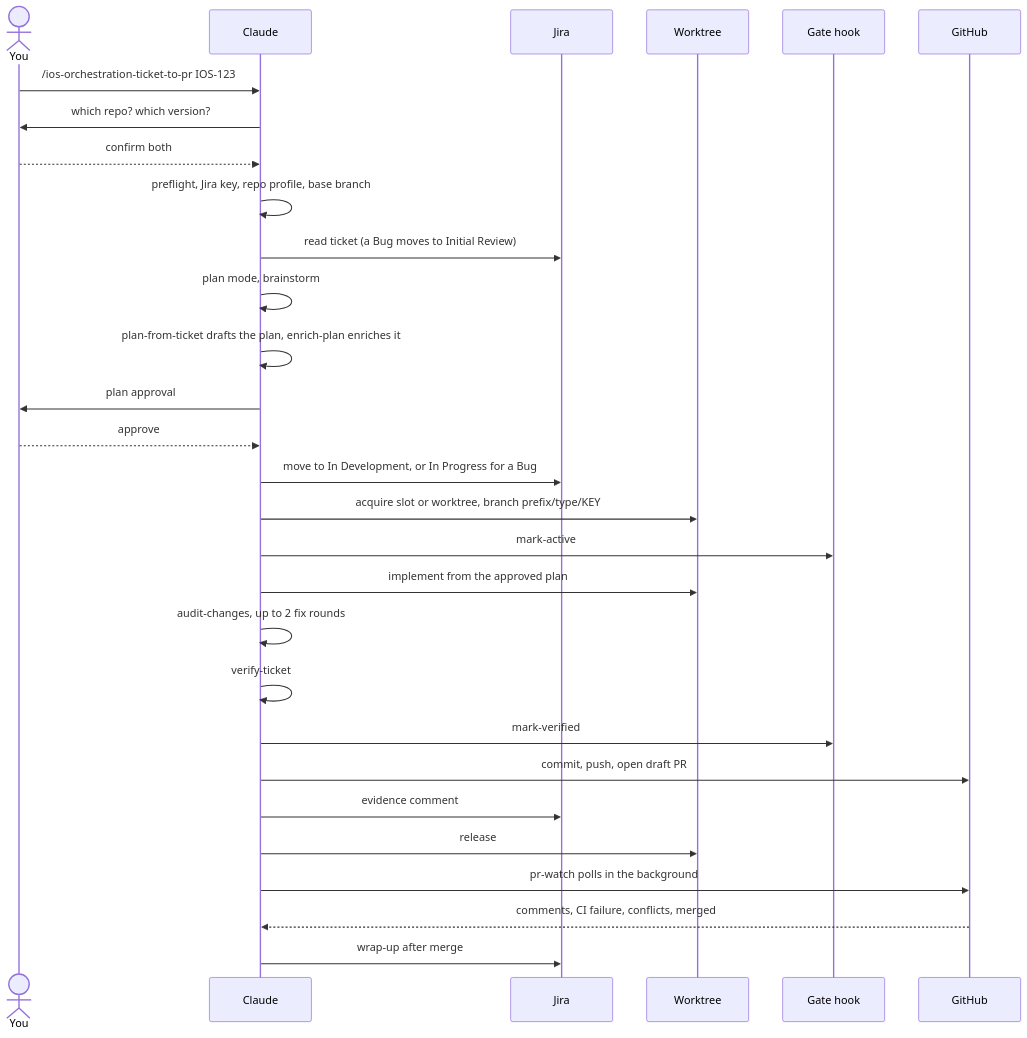
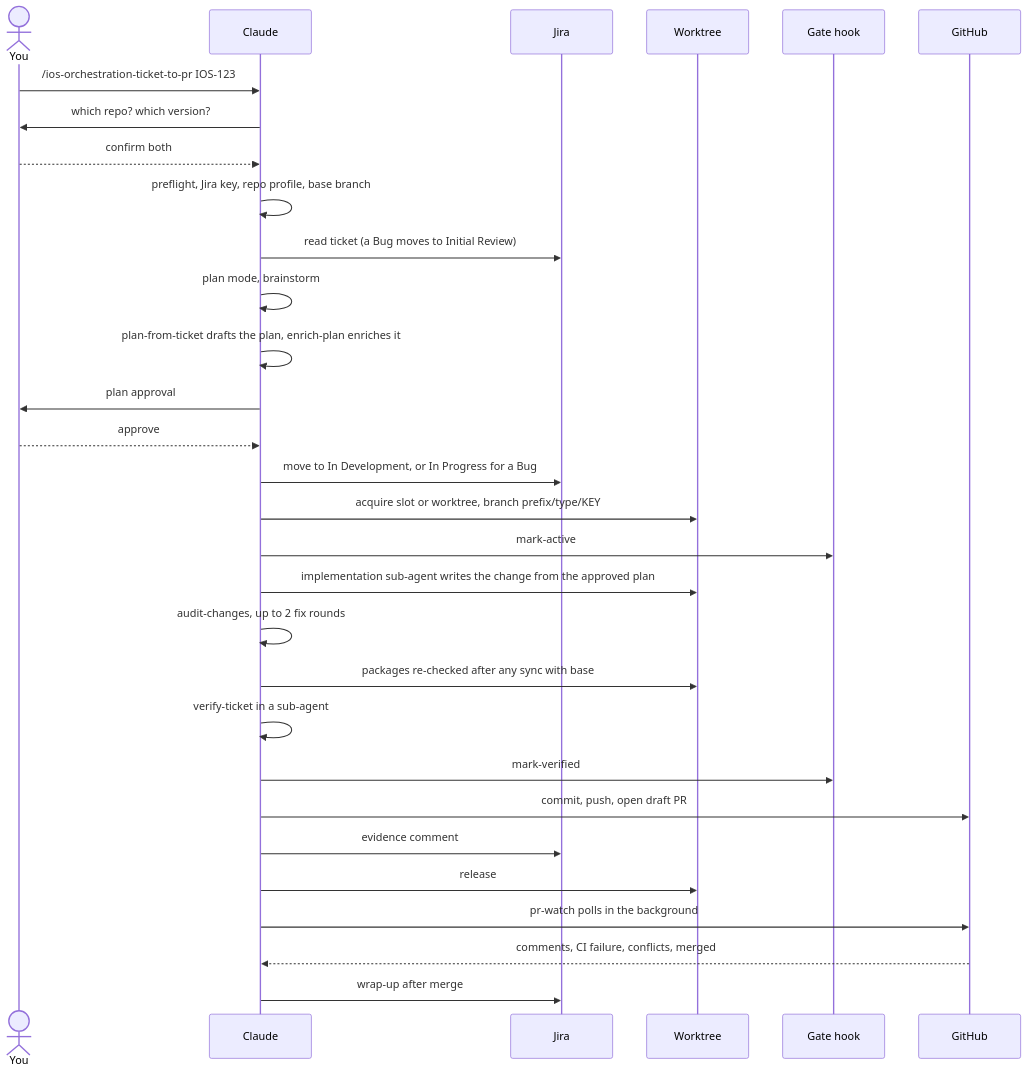
The diagram in docs/ticket-flow.md (gdncomm-aditya-h/adit-mobile-orchestration), drawn with Mermaid before and after one commit. The commit also changed other lines of this file and 16 other files, not shown here.

First line of the commit message:
Swift packages without a manual step, sub-agents for implement and verify, setup skill; docs and diagrams follow agent-plugins#595

````diff
--- a/docs/ticket-flow.md
+++ b/docs/ticket-flow.md
@@ -9,32 +9,33 @@
 ```mermaid
 sequenceDiagram
     actor You
     participant Claude
     participant Jira
     participant Slot as Worktree
     participant Gate as Gate hook
     participant GH as GitHub
 
     You->>Claude: /ios-orchestration-ticket-to-pr IOS-123
     Claude->>You: which repo? which version?
     You-->>Claude: confirm both
     Claude->>Claude: preflight, Jira key, repo profile, base branch
     Claude->>Jira: read ticket (a Bug moves to Initial Review)
     Claude->>Claude: plan mode, brainstorm
     Claude->>Claude: plan-from-ticket drafts the plan, enrich-plan enriches it
     Claude->>You: plan approval
     You-->>Claude: approve
     Claude->>Jira: move to In Development, or In Progress for a Bug
     Claude->>Slot: acquire slot or worktree, branch prefix/type/KEY
     Claude->>Gate: mark-active
-    Claude->>Slot: implement from the approved plan
+    Claude->>Slot: implementation sub-agent writes the change from the approved plan
     Claude->>Claude: audit-changes, up to 2 fix rounds
-    Claude->>Claude: verify-ticket
+    Claude->>Slot: packages re-checked after any sync with base
+    Claude->>Claude: verify-ticket in a sub-agent
     Claude->>Gate: mark-verified
     Claude->>GH: commit, push, open draft PR
     Claude->>Jira: evidence comment
     Claude->>Slot: release
     Claude->>GH: pr-watch polls in the background
     GH-->>Claude: comments, CI failure, conflicts, merged
     Claude->>Jira: wrap-up after merge
 ```
````
